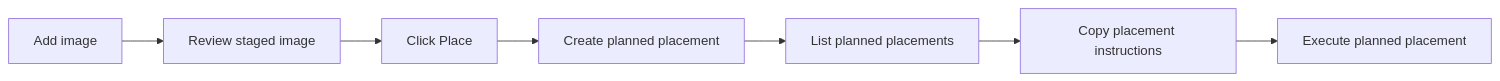
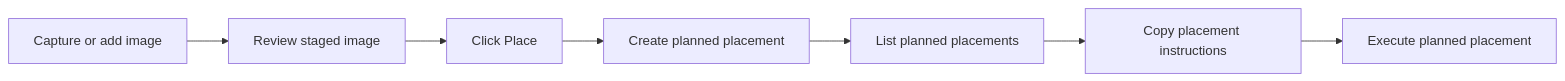
Before and after one commit to owencorpening/oat-tools-vscode: the diagram in docs/image-pipeline-quickstart.md, drawn with Mermaid. The commit also changed other lines of this file and 27 other files, not shown here.

Commit message:
Move image pipeline to D1-only capture

````diff
--- a/docs/image-pipeline-quickstart.md
+++ b/docs/image-pipeline-quickstart.md
@@ -26,9 +29,9 @@
 ```mermaid
 flowchart LR
-  A[Add image] --> B[Review staged image]
+  A[Capture or add image] --> B[Review staged image]
   B --> C[Click Place]
   C --> D[Create planned placement]
   D --> E[List planned placements]
   E --> F[Copy placement instructions]
   F --> G[Execute planned placement]
 ```
````
